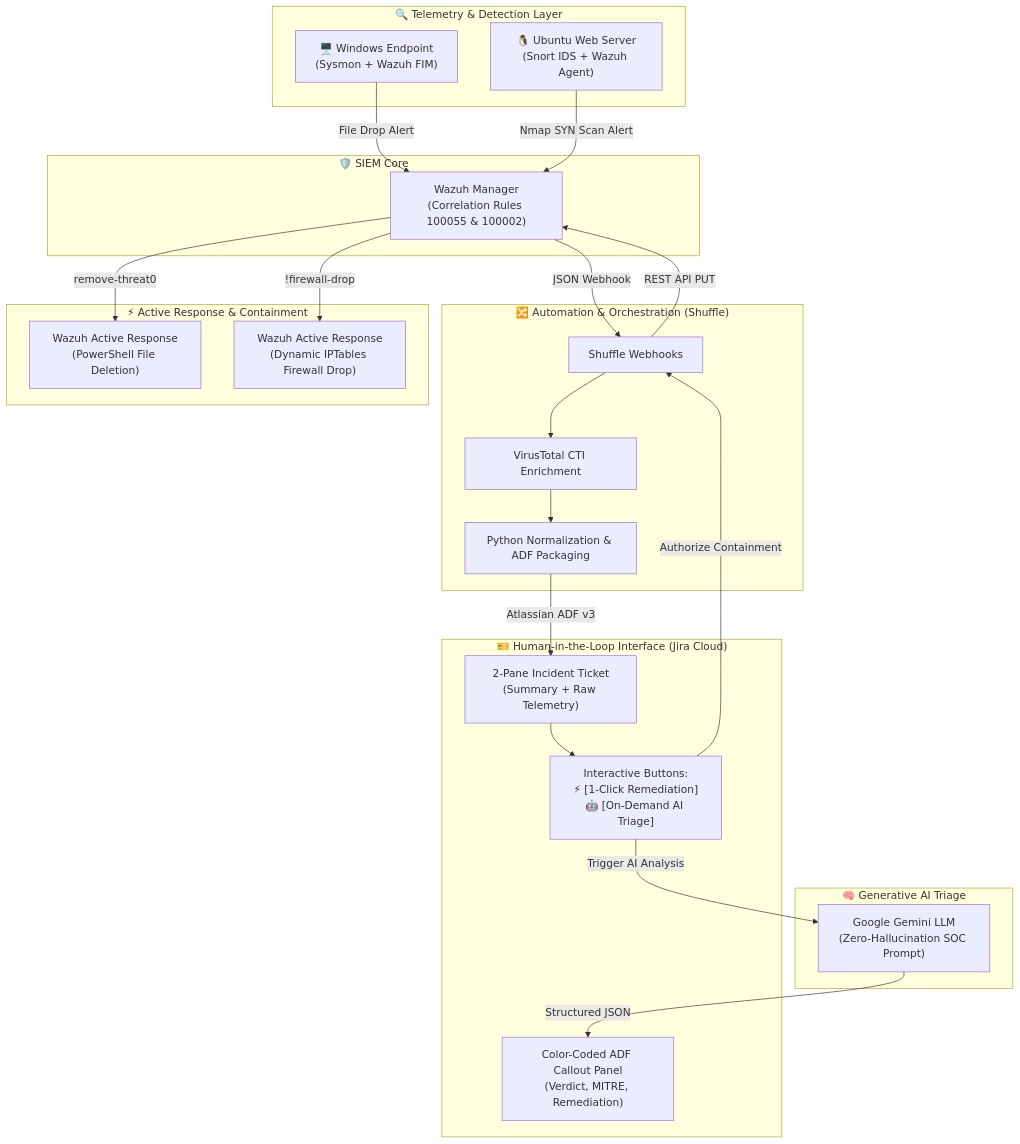
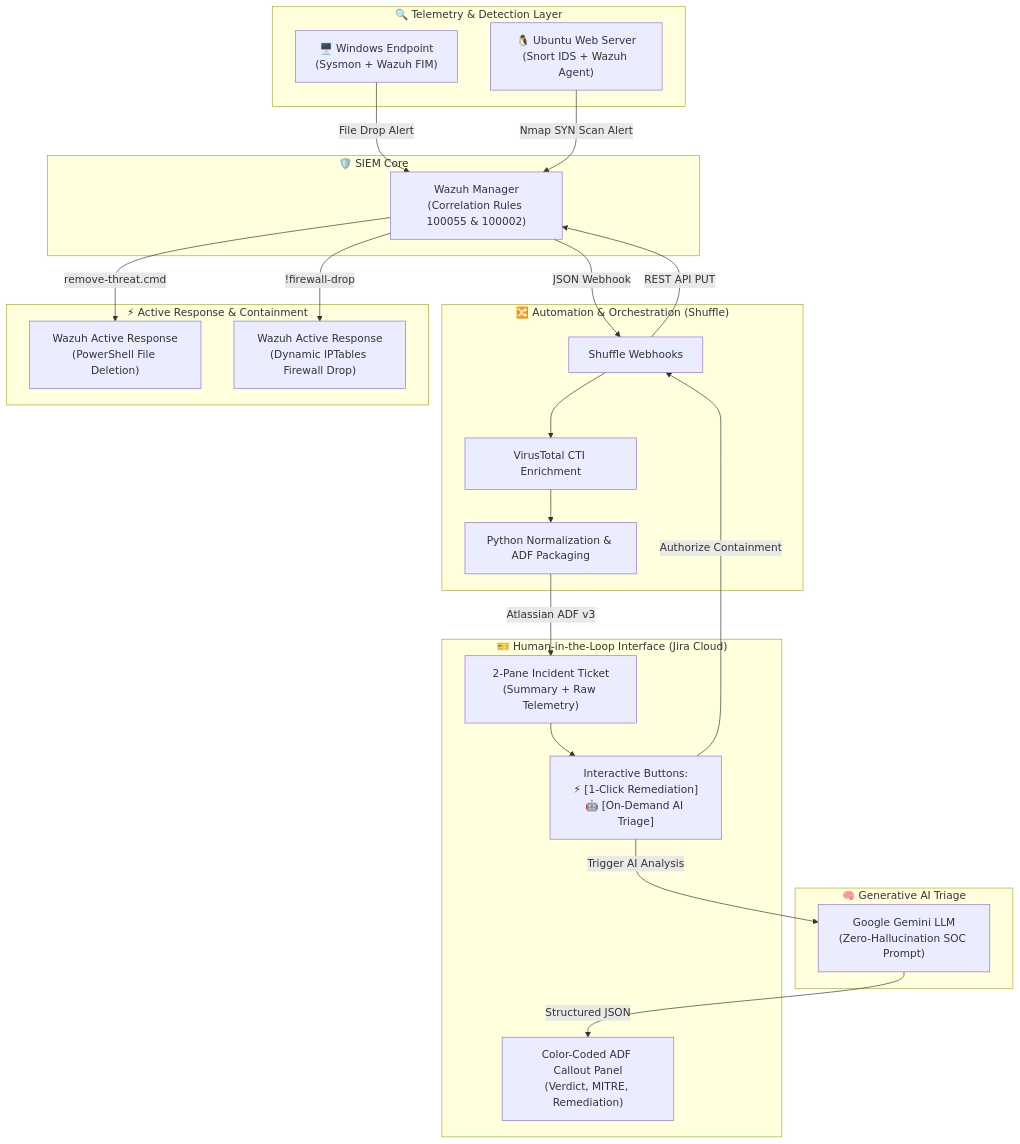
The diagram in README.md (mikeH1fsd/soc-soar-ai-lab), drawn with Mermaid before and after one commit. The commit also changed other lines of this file and 16 other files, not shown here.

````diff
--- a/README.md
+++ b/README.md
@@ -24,46 +24,46 @@
 ```mermaid
 flowchart TD
     subgraph Detection["🔍 Telemetry & Detection Layer"]
         A1["🖥️ Windows Endpoint<br/>(Sysmon + Wazuh FIM)"]
         A2["🐧 Ubuntu Web Server<br/>(Snort IDS + Wazuh Agent)"]
     end
 
     subgraph SIEM["🛡️ SIEM Core"]
         W1["Wazuh Manager<br/>(Correlation Rules 100055 & 100002)"]
     end
 
     subgraph SOAR["🔀 Automation & Orchestration (Shuffle)"]
         S1["Shuffle Webhooks"]
         S2["Python Normalization & ADF Packaging"]
         S3["VirusTotal CTI Enrichment"]
     end
 
     subgraph AI["🧠 Generative AI Triage"]
         G1["Google Gemini LLM<br/>(Zero-Hallucination SOC Prompt)"]
     end
 
     subgraph ITSM["🎫 Human-in-the-Loop Interface (Jira Cloud)"]
         J1["2-Pane Incident Ticket<br/>(Summary + Raw Telemetry)"]
         J2["Interactive Buttons:<br/>⚡ [1-Click Remediation]<br/>🤖 [On-Demand AI Triage]"]
         J3["Color-Coded ADF Callout Panel<br/>(Verdict, MITRE, Remediation)"]
     end
 
     subgraph Response["⚡ Active Response & Containment"]
         R1["Wazuh Active Response<br/>(PowerShell File Deletion)"]
         R2["Wazuh Active Response<br/>(Dynamic IPTables Firewall Drop)"]
     end
 
     A1 -->|File Drop Alert| W1
     A2 -->|Nmap SYN Scan Alert| W1
     W1 -->|JSON Webhook| S1
     S1 --> S3
     S3 --> S2
     S2 -->|Atlassian ADF v3| J1
     J1 --> J2
     J2 -->|Trigger AI Analysis| G1
     G1 -->|Structured JSON| J3
     J2 -->|Authorize Containment| S1
     S1 -->|REST API PUT| W1
-    W1 -->|remove-threat0| R1
+    W1 -->|remove-threat.cmd| R1
     W1 -->|!firewall-drop| R2
 ```
````
